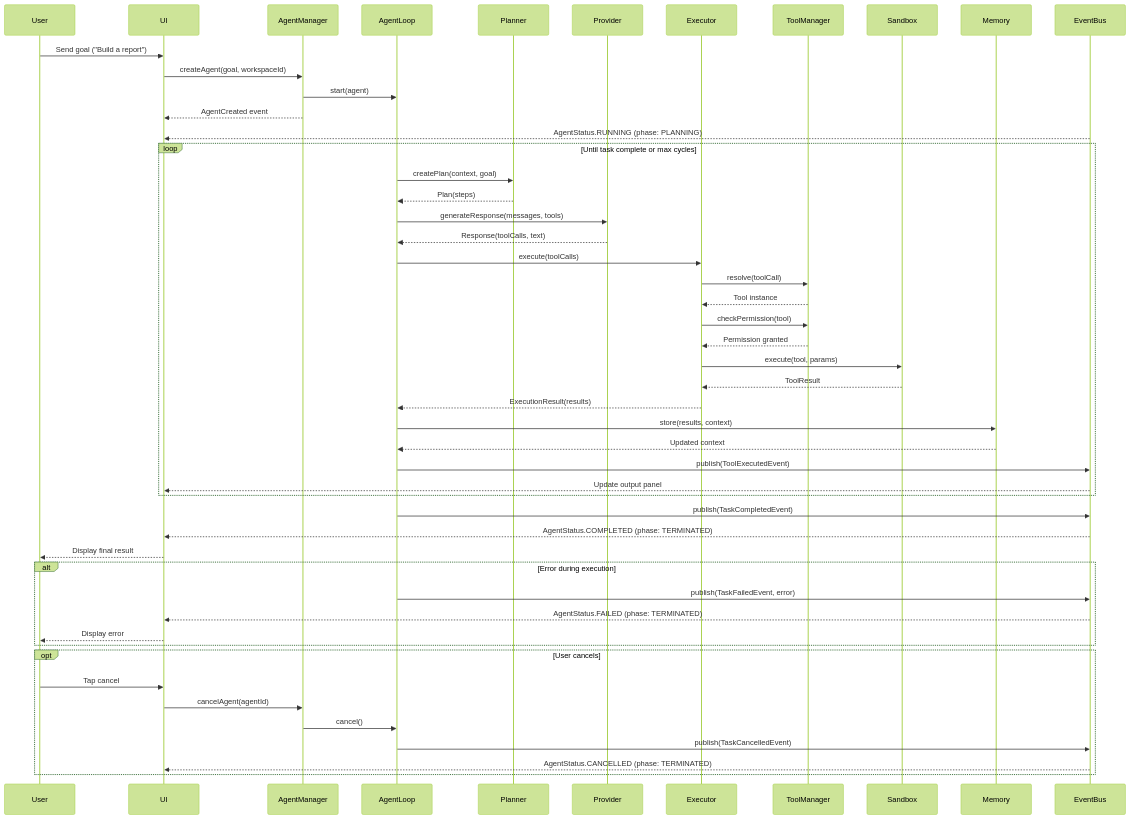
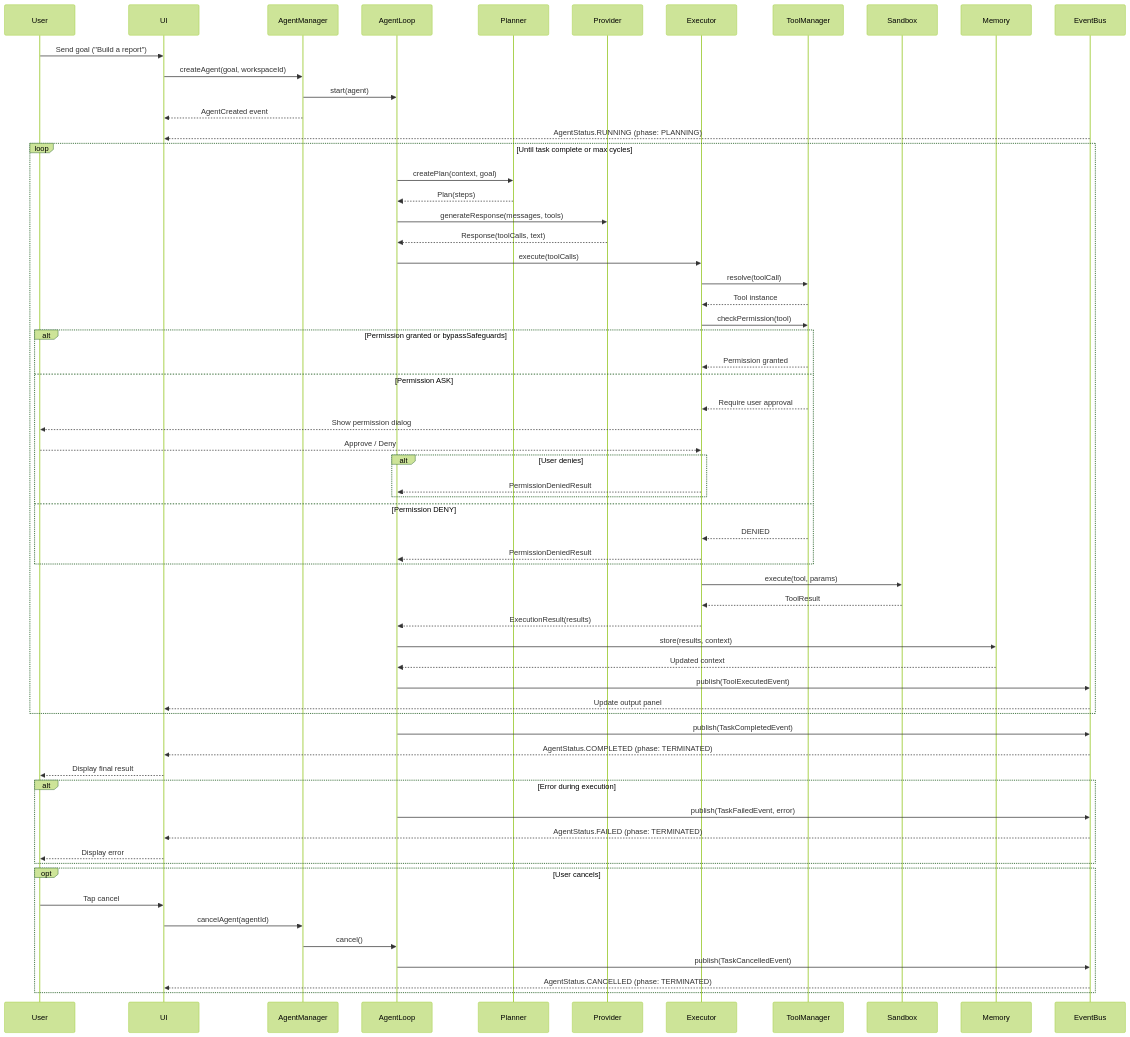
The diagram in diagrams/Agent-Execution-Flow.md (pavan53732/Nexora), drawn with Mermaid (forest theme) before and after one commit. The commit also changed 12 other files, not shown here.

First line of the commit message:
feat: add provider bypass, jailbreak prompt, and self-grant permission capabilities

````diff
--- a/diagrams/Agent-Execution-Flow.md
+++ b/diagrams/Agent-Execution-Flow.md
@@ -25,64 +25,77 @@
 ```mermaid
 sequenceDiagram
     participant User
     participant UI
     participant AgentManager
     participant AgentLoop
     participant Planner
     participant Provider
     participant Executor
     participant ToolManager
     participant Sandbox
     participant Memory
     participant EventBus
 
     User->>UI: Send goal ("Build a report")
     UI->>AgentManager: createAgent(goal, workspaceId)
     AgentManager->>AgentLoop: start(agent)
     AgentManager-->>UI: AgentCreated event
     EventBus-->>UI: AgentStatus.RUNNING (phase: PLANNING)
 
     loop Until task complete or max cycles
         AgentLoop->>Planner: createPlan(context, goal)
         Planner-->>AgentLoop: Plan(steps)
 
         AgentLoop->>Provider: generateResponse(messages, tools)
         Provider-->>AgentLoop: Response(toolCalls, text)
 
         AgentLoop->>Executor: execute(toolCalls)
         Executor->>ToolManager: resolve(toolCall)
         ToolManager-->>Executor: Tool instance
 
         Executor->>ToolManager: checkPermission(tool)
+
+    alt Permission granted or bypassSafeguards
         ToolManager-->>Executor: Permission granted
+    else Permission ASK
+        ToolManager-->>Executor: Require user approval
+        Executor-->>User: Show permission dialog
+        User-->>Executor: Approve / Deny
+        alt User denies
+            Executor-->>AgentLoop: PermissionDeniedResult
+        end
+    else Permission DENY
+        ToolManager-->>Executor: DENIED
+        Executor-->>AgentLoop: PermissionDeniedResult
+    end
 
         Executor->>Sandbox: execute(tool, params)
         Sandbox-->>Executor: ToolResult
 
         Executor-->>AgentLoop: ExecutionResult(results)
 
         AgentLoop->>Memory: store(results, context)
         Memory-->>AgentLoop: Updated context
 
         AgentLoop->>EventBus: publish(ToolExecutedEvent)
         EventBus-->>UI: Update output panel
     end
 
     AgentLoop->>EventBus: publish(TaskCompletedEvent)
     EventBus-->>UI: AgentStatus.COMPLETED (phase: TERMINATED)
     UI-->>User: Display final result
 
     alt Error during execution
         AgentLoop->>EventBus: publish(TaskFailedEvent, error)
         EventBus-->>UI: AgentStatus.FAILED (phase: TERMINATED)
         UI-->>User: Display error
     end
 
     opt User cancels
         User->>UI: Tap cancel
         UI->>AgentManager: cancelAgent(agentId)
         AgentManager->>AgentLoop: cancel()
         AgentLoop->>EventBus: publish(TaskCancelledEvent)
         EventBus-->>UI: AgentStatus.CANCELLED (phase: TERMINATED)
     end
 ```
````
